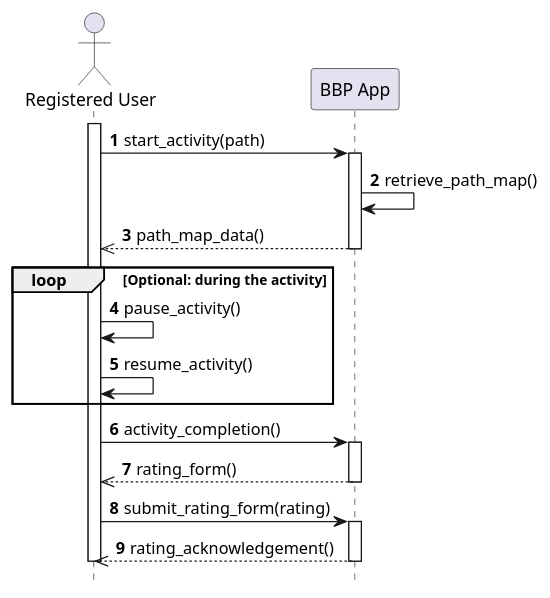
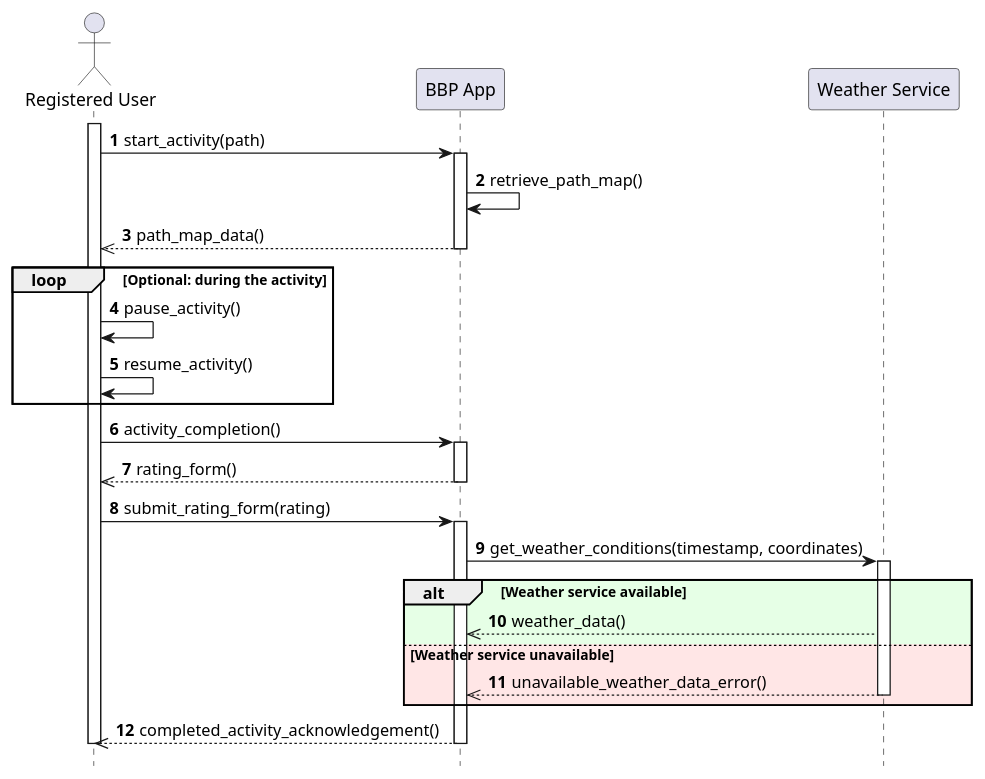
The diagram in diagrams/RASD/sequence diagram/UC9_sequence_diagram.puml (Guflie/PoliMi-SWE2-RDD-project), drawn with PlantUML before and after one commit. The commit also changed 15 other files, not shown here.

```diff
--- a/diagrams/RASD/sequence diagram/UC9_sequence_diagram.puml
+++ b/diagrams/RASD/sequence diagram/UC9_sequence_diagram.puml
@@ -1,33 +1,44 @@
 @startuml uc9_sequence_diagram
 hide footbox
 
 actor "Registered User" as User
 participant "BBP App" as App
+participant "Weather Service" as Weather
 
 autonumber
 
 activate User
 
 User -> App : start_activity(path)
 activate App
 App -> App : retrieve_path_map()
 App -->> User : path_map_data()
 deactivate App
 
 loop Optional: during the activity
     User -> User : pause_activity()    
     User -> User : resume_activity()
 end
 
 User -> App : activity_completion()
 activate App
 App -->> User : rating_form()
 deactivate App
 
 User -> App : submit_rating_form(rating)
 activate App
-App -->> User : rating_acknowledgement()
+App -> Weather : get_weather_conditions(timestamp, coordinates)
+activate Weather
+
+alt #e6ffe6 Weather service available
+    Weather -->> App : weather_data()
+
+else #ffe6e6 Weather service unavailable
+    Weather -->> App : unavailable_weather_data_error()
+    deactivate Weather
+end
+App -->> User : completed_activity_acknowledgement()
 deactivate App
 
 deactivate User
 @enduml
```
